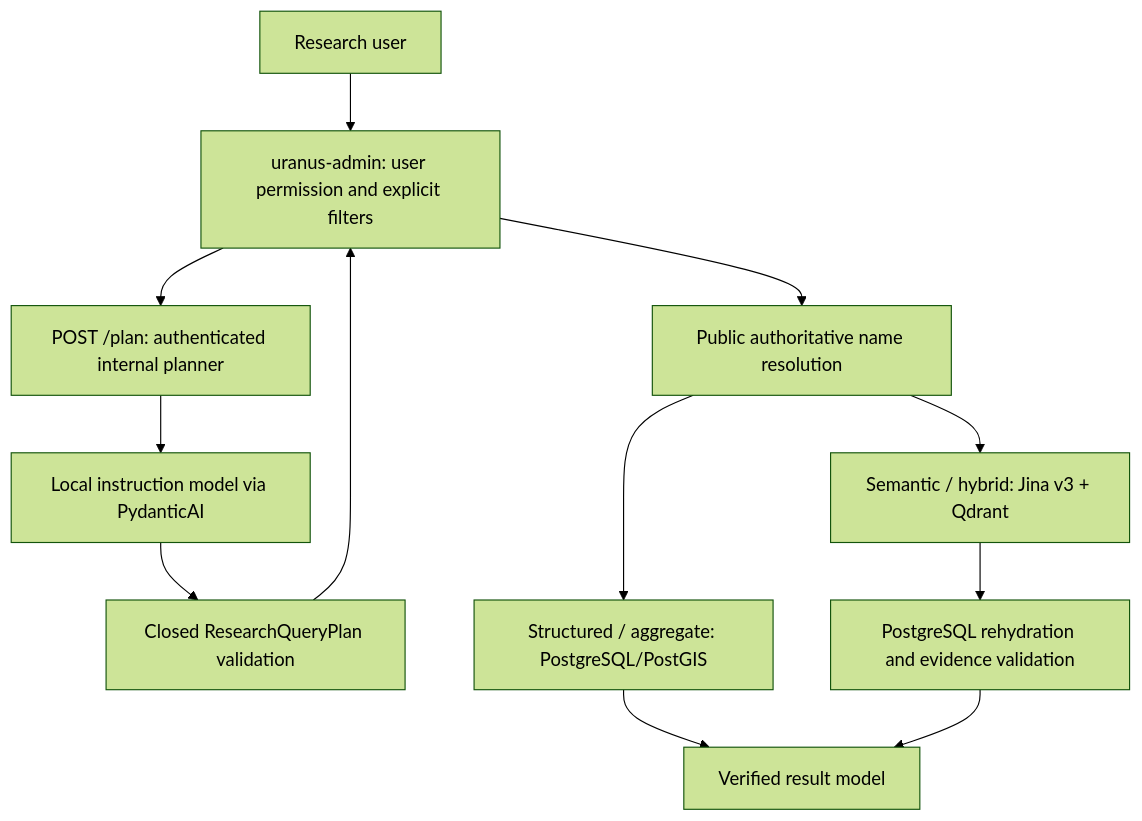
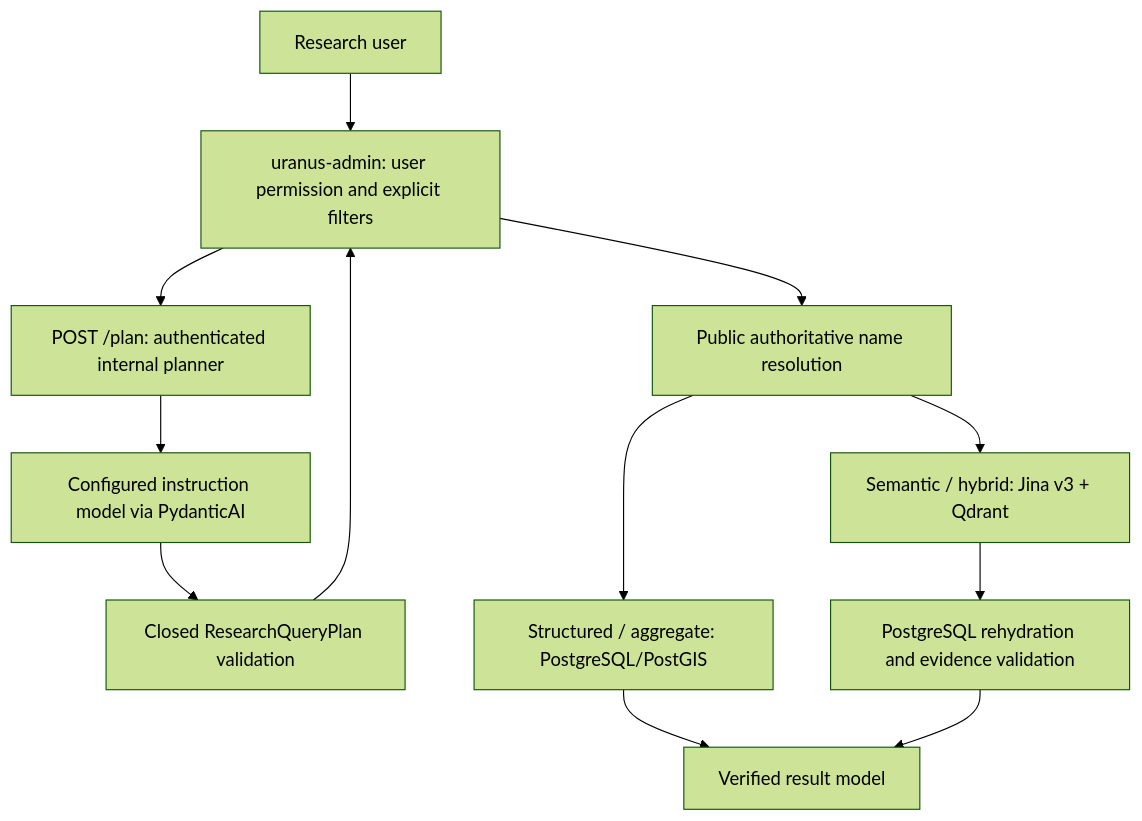
The diagram in docs/research-ai/natural-language-research.md (sndcds/uranus-research-planner), drawn with Mermaid (forest theme) before and after one commit. The commit also changed other lines of this file and 17 other files, not shown here.

````diff
--- a/docs/research-ai/natural-language-research.md
+++ b/docs/research-ai/natural-language-research.md
@@ -5,14 +5,14 @@
 ```mermaid
 flowchart TD
   U[Research user] --> A[uranus-admin: user permission and explicit filters]
   A --> P[POST /plan: authenticated internal planner]
-  P --> M[Local instruction model via PydanticAI]
+  P --> M[Configured instruction model via PydanticAI]
   M --> V[Closed ResearchQueryPlan validation]
   V --> A
   A --> R[Public authoritative name resolution]
   R --> S[Structured / aggregate: PostgreSQL/PostGIS]
   R --> H[Semantic / hybrid: Jina v3 + Qdrant]
   H --> D[PostgreSQL rehydration and evidence validation]
   S --> F[Verified result model]
   D --> F
 ```
````
